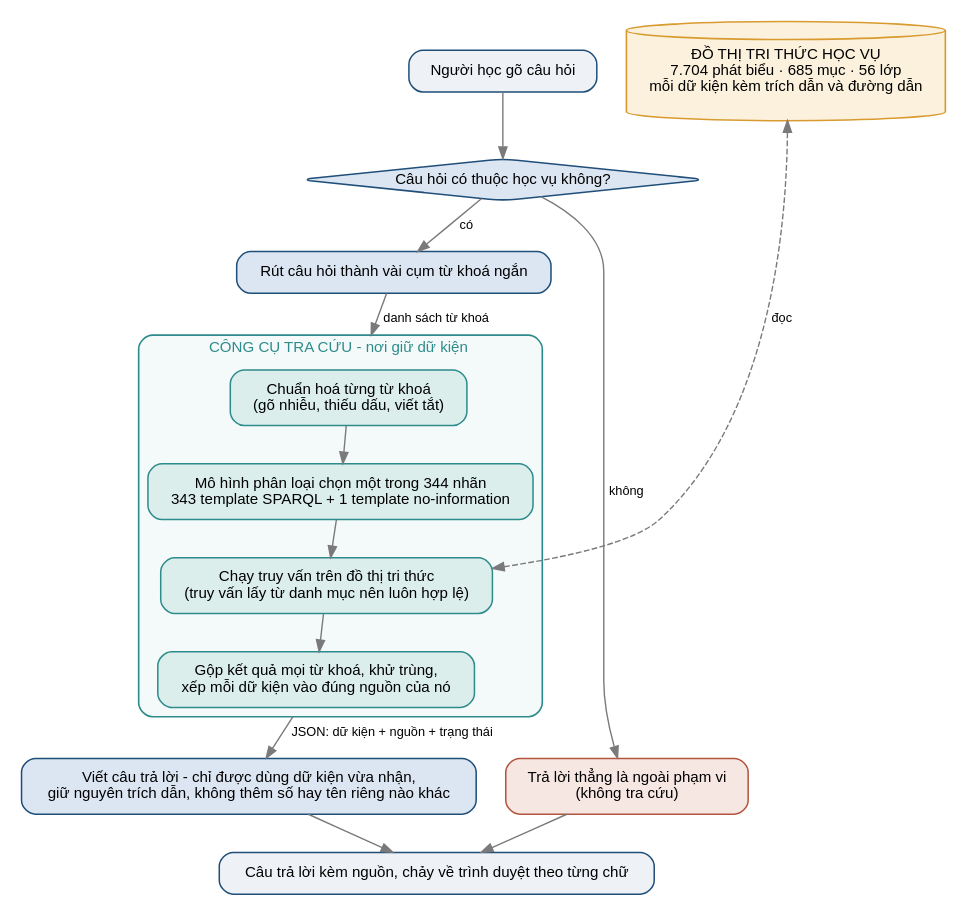
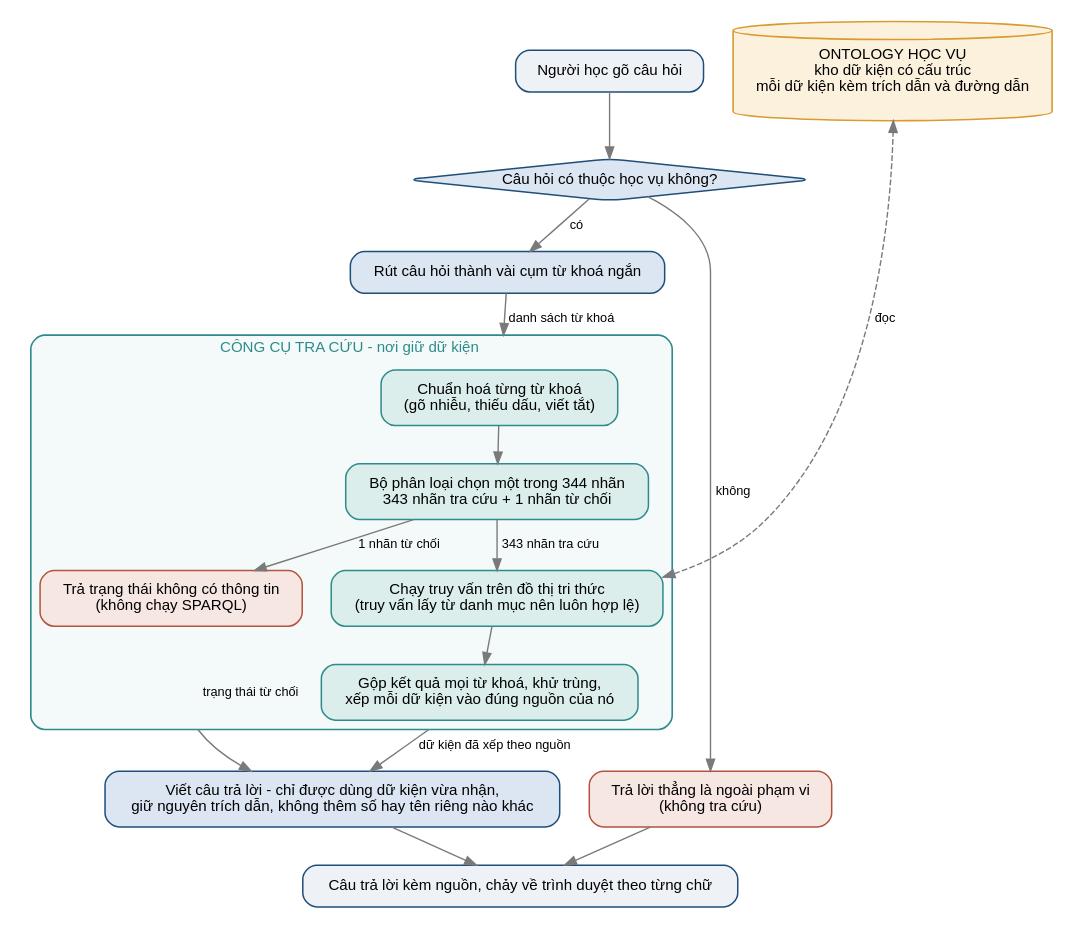
Before and after one commit to vpthinh19/ontology-chatbot: the diagram in artifacts/figures/processing-flow.dot, drawn with Graphviz. The commit also changed 15 other files, not shown here.

Commit message:
docs: simplify explanations and diagram terminology

```diff
--- a/artifacts/figures/processing-flow.dot
+++ b/artifacts/figures/processing-flow.dot
@@ -1,43 +1,49 @@
 digraph luong_xu_ly {
   pad=0.15;
   rankdir=TB; bgcolor="white"; nodesep=0.35; ranksep=0.45; compound=true;
   node [shape=box, style="rounded,filled", fontname="Liberation Sans", fontsize=13,
         color="#c9c4bd", penwidth=1.3, margin="0.22,0.14"];
   edge [fontname="Liberation Sans", fontsize=11, color="#7a7a7a", penwidth=1.2];
 
   nguoi [label="Người học gõ câu hỏi", fillcolor="#eef2f7", color="#1f4e79"];
   quyet [label="Câu hỏi có thuộc học vụ không?", shape=diamond,
          fillcolor="#dce6f2", color="#1f4e79", margin="0.10,0.04"];
   ngoai [label="Trả lời thẳng là ngoài phạm vi\n(không tra cứu)", fillcolor="#f6e7e3", color="#b3543f"];
   rut   [label="Rút câu hỏi thành vài cụm từ khoá ngắn", fillcolor="#dce6f2", color="#1f4e79"];
 
   subgraph cluster_tool {
     label="  CÔNG CỤ TRA CỨU - nơi giữ dữ kiện  ";
     labelloc=t; fontname="Liberation Sans"; fontsize=13; fontcolor="#2e8b8b";
     color="#2e8b8b"; style="rounded"; bgcolor="#f4faf9"; penwidth=1.4;
     chuan [label="Chuẩn hoá từng từ khoá\n(gõ nhiễu, thiếu dấu, viết tắt)", fillcolor="#dbeeec", color="#2e8b8b"];
-    sinh  [label="Mô hình phân loại chọn một trong 344 nhãn\n343 template SPARQL + 1 template no-information", fillcolor="#dbeeec", color="#2e8b8b"];
+    sinh  [label="Bộ phân loại chọn một trong 344 nhãn\n343 nhãn tra cứu + 1 nhãn từ chối", fillcolor="#dbeeec", color="#2e8b8b"];
     chay  [label="Chạy truy vấn trên đồ thị tri thức\n(truy vấn lấy từ danh mục nên luôn hợp lệ)",
            fillcolor="#dbeeec", color="#2e8b8b"];
+    thieu [label="Trả trạng thái không có thông tin\n(không chạy SPARQL)",
+           fillcolor="#f6e7e3", color="#b3543f"];
     gop   [label="Gộp kết quả mọi từ khoá, khử trùng,\nxếp mỗi dữ kiện vào đúng nguồn của nó",
            fillcolor="#dbeeec", color="#2e8b8b"];
-    chuan -> sinh -> chay -> gop;
+    chuan -> sinh;
+    sinh -> chay [label="  343 nhãn tra cứu  "];
+    sinh -> thieu [label="  1 nhãn từ chối  "];
+    chay -> gop;
   }
 
-  onto [label="ĐỒ THỊ TRI THỨC HỌC VỤ\n7.704 phát biểu · 685 mục · 56 lớp\nmỗi dữ kiện kèm trích dẫn và đường dẫn",
+  onto [label="ONTOLOGY HỌC VỤ\nkho dữ kiện có cấu trúc\nmỗi dữ kiện kèm trích dẫn và đường dẫn",
         shape=cylinder, style=filled, fillcolor="#fbf1dd", color="#d99b30", penwidth=1.4];
 
   viet [label="Viết câu trả lời - chỉ được dùng dữ kiện vừa nhận,\ngiữ nguyên trích dẫn, không thêm số hay tên riêng nào khác",
         fillcolor="#dce6f2", color="#1f4e79"];
   tra  [label="Câu trả lời kèm nguồn, chảy về trình duyệt theo từng chữ",
         fillcolor="#eef2f7", color="#1f4e79"];
 
   nguoi -> quyet;
   quyet -> ngoai [label="  không  "];
   quyet -> rut   [label="  có  "];
   rut -> chuan [lhead=cluster_tool, label="  danh sách từ khoá  "];
-  gop -> viet [ltail=cluster_tool, label="  JSON: dữ kiện + nguồn + trạng thái  "];
+  gop -> viet [ltail=cluster_tool, label="  dữ kiện đã xếp theo nguồn  "];
+  thieu -> viet [ltail=cluster_tool, label="  trạng thái từ chối  "];
   chay -> onto [label="  đọc  ", constraint=false, style=dashed, dir=both];
   viet -> tra;
   ngoai -> tra;
 }
```
